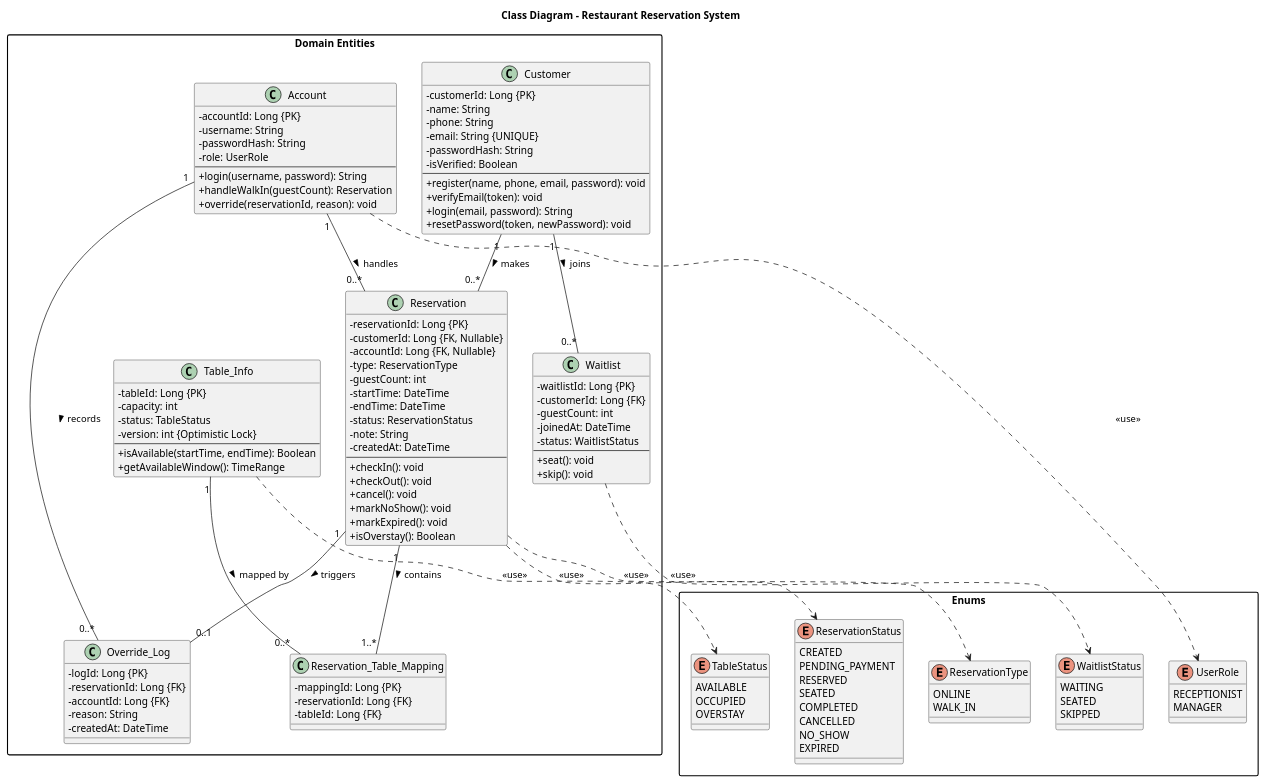
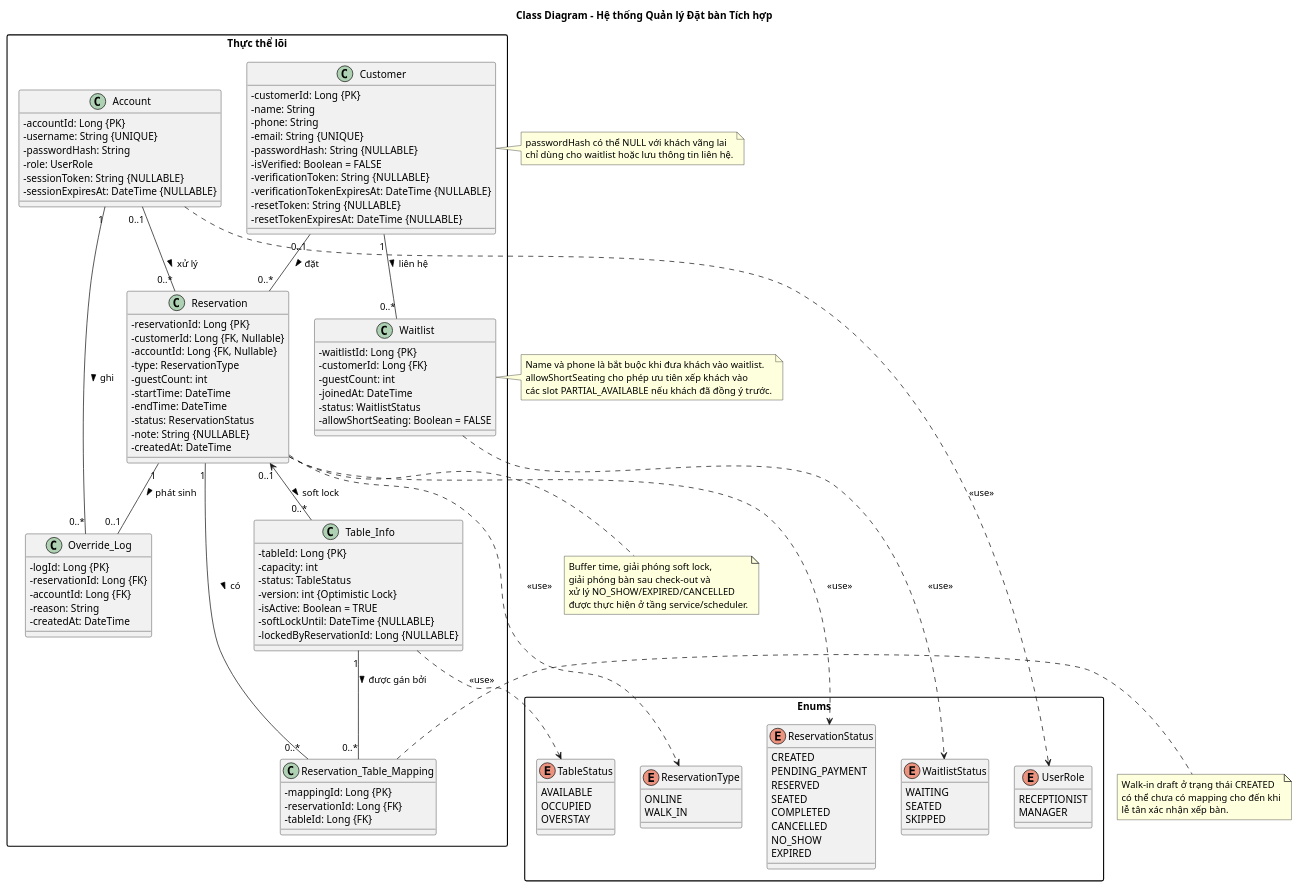
Before and after one commit to QuangLam0208/restaurant-reservation-system: the diagram in docs/uml/class-diagram.puml, drawn with PlantUML. The commit also changed 13 other files, not shown here.

```diff
--- a/docs/uml/class-diagram.puml
+++ b/docs/uml/class-diagram.puml
@@ -1,151 +1,155 @@
 @startuml
-title Class Diagram - Restaurant Reservation System
+title Class Diagram - Hệ thống Quản lý Đặt bàn Tích hợp
 
 skinparam classAttributeIconSize 0
 skinparam packageStyle rectangle
+skinparam shadowing false
 
-package "Domain Entities" {
+package "Thực thể lõi" {
 
     class Customer {
         - customerId: Long {PK}
         - name: String
         - phone: String
         - email: String {UNIQUE}
-        - passwordHash: String
-        - isVerified: Boolean
-        --
-        + register(name, phone, email, password): void
-        + verifyEmail(token): void
-        + login(email, password): String
-        + resetPassword(token, newPassword): void
+        - passwordHash: String {NULLABLE}
+        - isVerified: Boolean = FALSE
+        - verificationToken: String {NULLABLE}
+        - verificationTokenExpiresAt: DateTime {NULLABLE}
+        - resetToken: String {NULLABLE}
+        - resetTokenExpiresAt: DateTime {NULLABLE}
     }
 
     class Table_Info {
         - tableId: Long {PK}
         - capacity: int
         - status: TableStatus
         - version: int {Optimistic Lock}
-        --
-        + isAvailable(startTime, endTime): Boolean
-        + getAvailableWindow(): TimeRange
+        - isActive: Boolean = TRUE
+        - softLockUntil: DateTime {NULLABLE}
+        - lockedByReservationId: Long {NULLABLE}
     }
 
     class Reservation {
         - reservationId: Long {PK}
         - customerId: Long {FK, Nullable}
         - accountId: Long {FK, Nullable}
         - type: ReservationType
         - guestCount: int
         - startTime: DateTime
         - endTime: DateTime
         - status: ReservationStatus
-        - note: String
+        - note: String {NULLABLE}
         - createdAt: DateTime
-        --
-        + checkIn(): void
-        + checkOut(): void
-        + cancel(): void
-        + markNoShow(): void
-        + markExpired(): void
-        + isOverstay(): Boolean
     }
 
     class Reservation_Table_Mapping {
         - mappingId: Long {PK}
         - reservationId: Long {FK}
         - tableId: Long {FK}
     }
 
     class Waitlist {
         - waitlistId: Long {PK}
         - customerId: Long {FK}
         - guestCount: int
         - joinedAt: DateTime
         - status: WaitlistStatus
-        --
-        + seat(): void
-        + skip(): void
+        - allowShortSeating: Boolean = FALSE
     }
 
     class Account {
         - accountId: Long {PK}
-        - username: String
+        - username: String {UNIQUE}
         - passwordHash: String
         - role: UserRole
-        --
-        + login(username, password): String
-        + handleWalkIn(guestCount): Reservation
-        + override(reservationId, reason): void
+        - sessionToken: String {NULLABLE}
+        - sessionExpiresAt: DateTime {NULLABLE}
     }
 
     class Override_Log {
         - logId: Long {PK}
         - reservationId: Long {FK}
         - accountId: Long {FK}
         - reason: String
         - createdAt: DateTime
     }
 }
 
 package "Enums" {
     enum TableStatus {
         AVAILABLE
         OCCUPIED
         OVERSTAY
     }
 
     enum ReservationStatus {
         CREATED
         PENDING_PAYMENT
         RESERVED
         SEATED
         COMPLETED
         CANCELLED
         NO_SHOW
         EXPIRED
     }
 
     enum ReservationType {
         ONLINE
         WALK_IN
     }
 
     enum WaitlistStatus {
         WAITING
         SEATED
         SKIPPED
     }
 
     enum UserRole {
         RECEPTIONIST
         MANAGER
     }
 }
 
-' ==========================================
-' RELATIONSHIPS
-' ==========================================
+Customer "0..1" -- "0..*" Reservation : đặt >
+Customer "1" -- "0..*" Waitlist : liên hệ >
 
-' Customer
-Customer "1" -- "0..*" Reservation : makes >
-Customer "1" -- "0..*" Waitlist : joins >
+Reservation "1" -- "0..*" Reservation_Table_Mapping : có >
+Table_Info "1" -- "0..*" Reservation_Table_Mapping : được gán bởi >
+Reservation "0..1" <-- "0..*" Table_Info : soft lock >
 
-' Reservation ↔ Table_Info (Many-to-Many qua bảng trung gian)
-Reservation "1" -- "1..*" Reservation_Table_Mapping : contains >
-Table_Info "1" -- "0..*" Reservation_Table_Mapping : mapped by >
+Account "0..1" -- "0..*" Reservation : xử lý >
+Account "1" -- "0..*" Override_Log : ghi >
+Reservation "1" -- "0..1" Override_Log : phát sinh >
 
-' Account
-Account "1" -- "0..*" Reservation : handles >
-Account "1" -- "0..*" Override_Log : records >
-
-' Override_Log
-Reservation "1" -- "0..1" Override_Log : triggers >
-
-' Enum dependencies
 Table_Info ..> TableStatus : <<use>>
 Reservation ..> ReservationStatus : <<use>>
 Reservation ..> ReservationType : <<use>>
 Waitlist ..> WaitlistStatus : <<use>>
 Account ..> UserRole : <<use>>
 
+note bottom of Reservation
+  Buffer time, giải phóng soft lock,
+  giải phóng bàn sau check-out và
+  xử lý NO_SHOW/EXPIRED/CANCELLED
+  được thực hiện ở tầng service/scheduler.
+end note
+
+note right of Reservation_Table_Mapping
+  Walk-in draft ở trạng thái CREATED
+  có thể chưa có mapping cho đến khi
+  lễ tân xác nhận xếp bàn.
+end note
+
+note right of Waitlist
+  Name và phone là bắt buộc khi đưa khách vào waitlist.
+  allowShortSeating cho phép ưu tiên xếp khách vào
+  các slot PARTIAL_AVAILABLE nếu khách đã đồng ý trước.
+end note
+
+note right of Customer
+  passwordHash có thể NULL với khách vãng lai
+  chỉ dùng cho waitlist hoặc lưu thông tin liên hệ.
+end note
+
 @enduml
```
